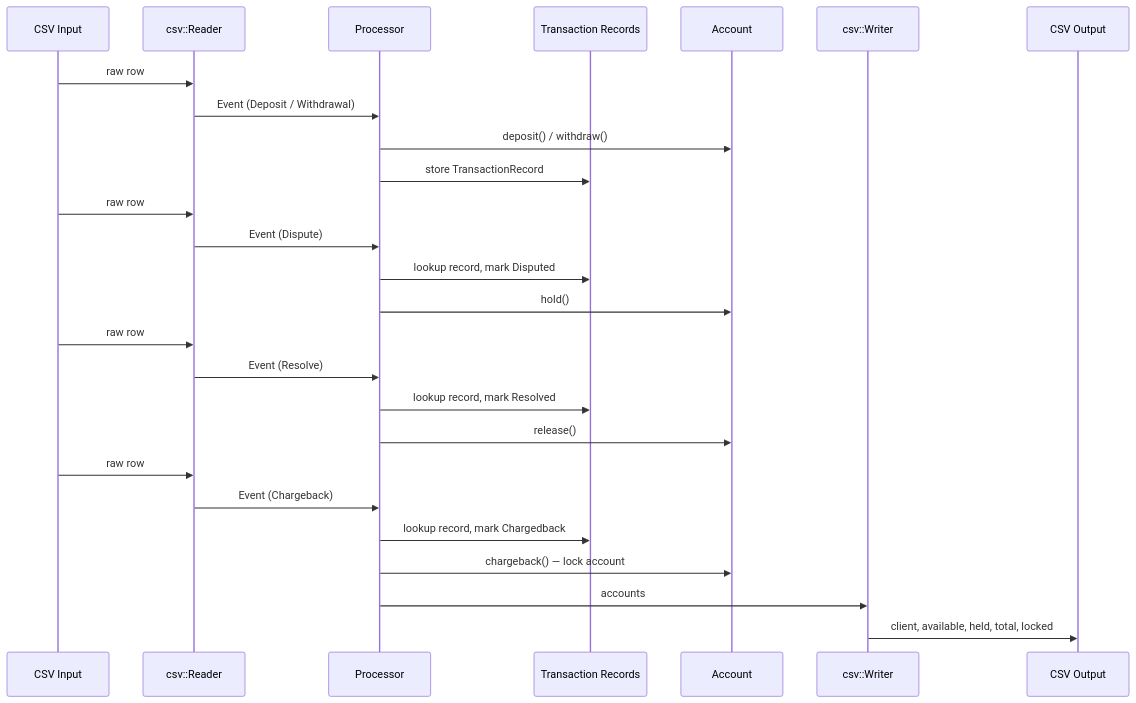
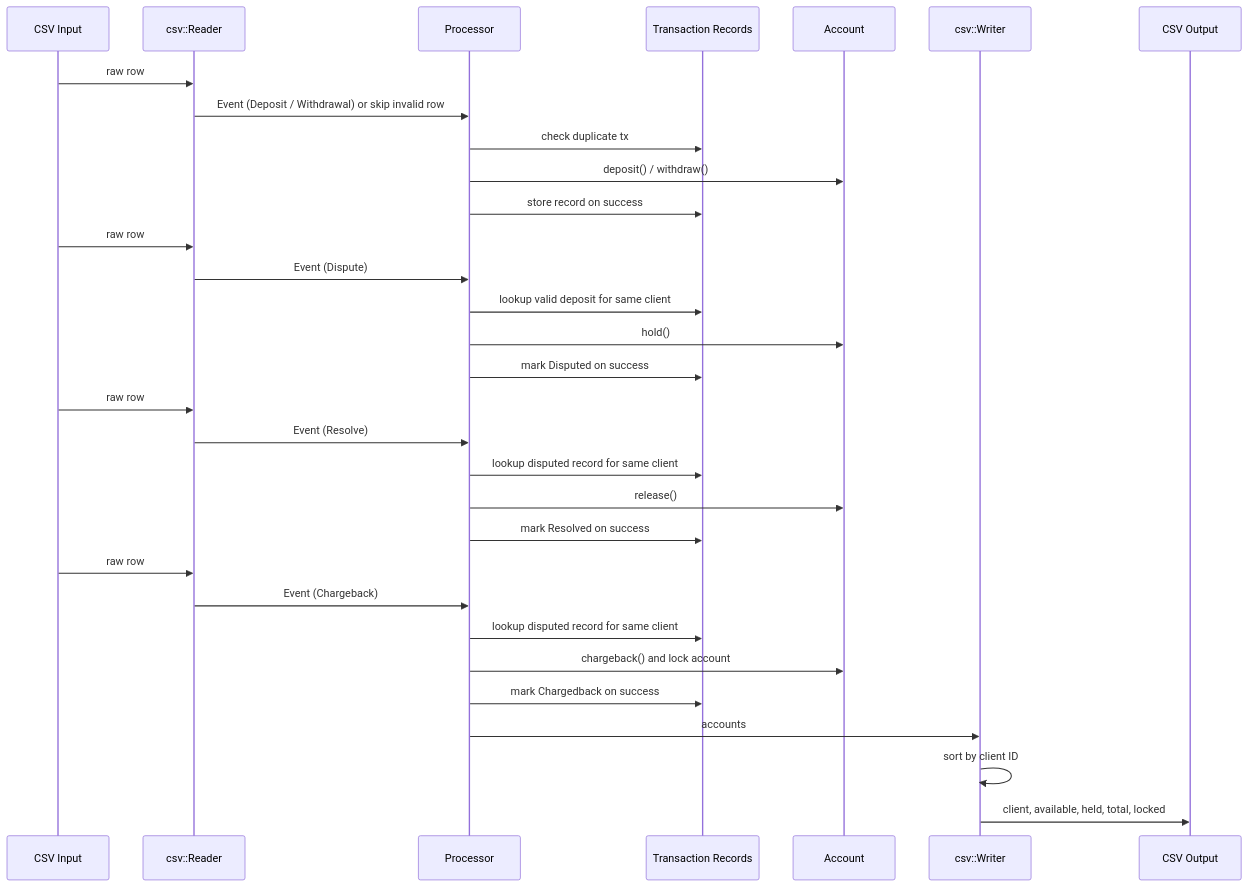
One commit to leonardorudolfocardoso/themis changed the diagram in README.md. Above: the diagram before and after it, drawn with Mermaid.

Commit message:
docs: fix the mermaid after fixes

````diff
--- a/README.md
+++ b/README.md
@@ -58,33 +58,38 @@
 ```mermaid
 sequenceDiagram
     participant CSV as CSV Input
     participant Reader as csv::Reader
     participant Processor
     participant Records as Transaction Records
     participant Account
     participant Writer as csv::Writer
     participant Out as CSV Output
 
     CSV->>Reader: raw row
-    Reader->>Processor: Event (Deposit / Withdrawal)
+    Reader->>Processor: Event (Deposit / Withdrawal) or skip invalid row
+    Processor->>Records: check duplicate tx
     Processor->>Account: deposit() / withdraw()
-    Processor->>Records: store TransactionRecord
+    Processor->>Records: store record on success
 
     CSV->>Reader: raw row
     Reader->>Processor: Event (Dispute)
-    Processor->>Records: lookup record, mark Disputed
+    Processor->>Records: lookup valid deposit for same client
     Processor->>Account: hold()
+    Processor->>Records: mark Disputed on success
 
     CSV->>Reader: raw row
     Reader->>Processor: Event (Resolve)
-    Processor->>Records: lookup record, mark Resolved
+    Processor->>Records: lookup disputed record for same client
     Processor->>Account: release()
+    Processor->>Records: mark Resolved on success
 
     CSV->>Reader: raw row
     Reader->>Processor: Event (Chargeback)
-    Processor->>Records: lookup record, mark Chargedback
-    Processor->>Account: chargeback() — lock account
+    Processor->>Records: lookup disputed record for same client
+    Processor->>Account: chargeback() and lock account
+    Processor->>Records: mark Chargedback on success
 
     Processor->>Writer: accounts
+    Writer->>Writer: sort by client ID
     Writer->>Out: client, available, held, total, locked
 ```
````
